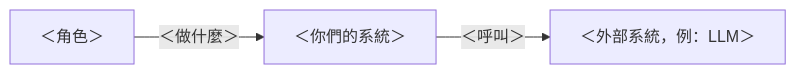
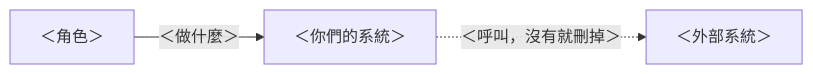
One commit to Zenobia000/leavebot-bootcamp changed the first of 3 diagrams in course/templates/04-sad.md. Above: the diagram before and after it, drawn with Mermaid. The commit also changed other lines of this file and 209 other files, not shown here.

````diff
--- a/course/templates/04-sad.md
+++ b/course/templates/04-sad.md
@@ -21,5 +21,5 @@
 ```mermaid
 flowchart LR
     U1[＜角色＞] -->|＜做什麼＞| S[＜你們的系統＞]
-    S -->|＜呼叫＞| X[＜外部系統，例：LLM＞]
+    S -.->|＜呼叫，沒有就刪掉＞| X[＜外部系統＞]
 ```
````
